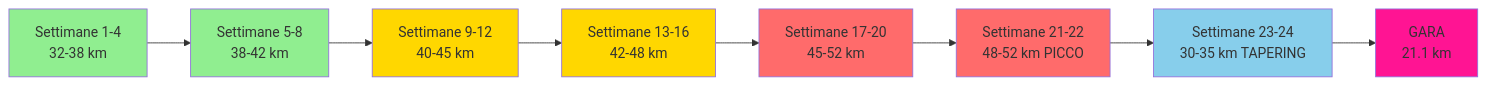
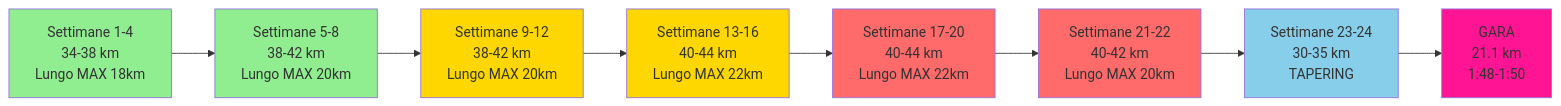
Before and after one commit to negativebrain/PianoAllenamento: the second of 11 diagrams in Diagramma_Periodizzazione.md, drawn with Mermaid. The commit also changed other lines of this file and 3 other files, not shown here.

````diff
--- a/Diagramma_Periodizzazione.md
+++ b/Diagramma_Periodizzazione.md
@@ -26,19 +27,19 @@
 ```mermaid
 graph LR
-    A[Settimane 1-4<br/>32-38 km] --> B[Settimane 5-8<br/>38-42 km]
-    B --> C[Settimane 9-12<br/>40-45 km]
-    C --> D[Settimane 13-16<br/>42-48 km]
-    D --> E[Settimane 17-20<br/>45-52 km]
-    E --> F[Settimane 21-22<br/>48-52 km PICCO]
-    F --> G[Settimane 23-24<br/>30-35 km TAPERING]
-    G --> H[GARA<br/>21.1 km]
+    A[Settimane 1-4<br/>34-38 km<br/>Lungo MAX 18km] --> B[Settimane 5-8<br/>38-42 km<br/>Lungo MAX 20km]
+    B --> C[Settimane 9-12<br/>38-42 km<br/>Lungo MAX 20km]
+    C --> D[Settimane 13-16<br/>40-44 km<br/>Lungo MAX 22km]
+    D --> E[Settimane 17-20<br/>40-44 km<br/>Lungo MAX 22km]
+    E --> F[Settimane 21-22<br/>40-42 km<br/>Lungo MAX 20km]
+    F --> G[Settimane 23-24<br/>30-35 km<br/>TAPERING]
+    G --> H[GARA<br/>21.1 km<br/>1:48-1:50]
     
     style A fill:#90EE90
     style B fill:#90EE90
     style C fill:#FFD700
     style D fill:#FFD700
     style E fill:#FF6B6B
     style F fill:#FF6B6B
     style G fill:#87CEEB
     style H fill:#FF1493
 ```
````
